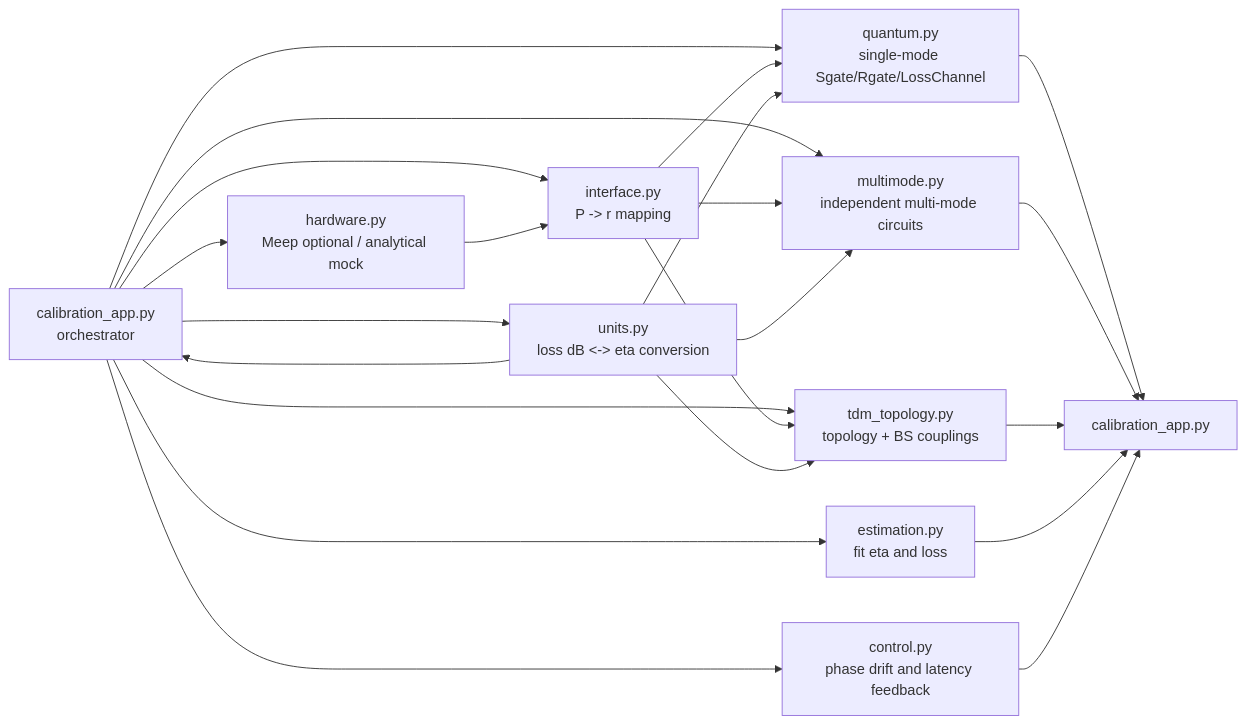
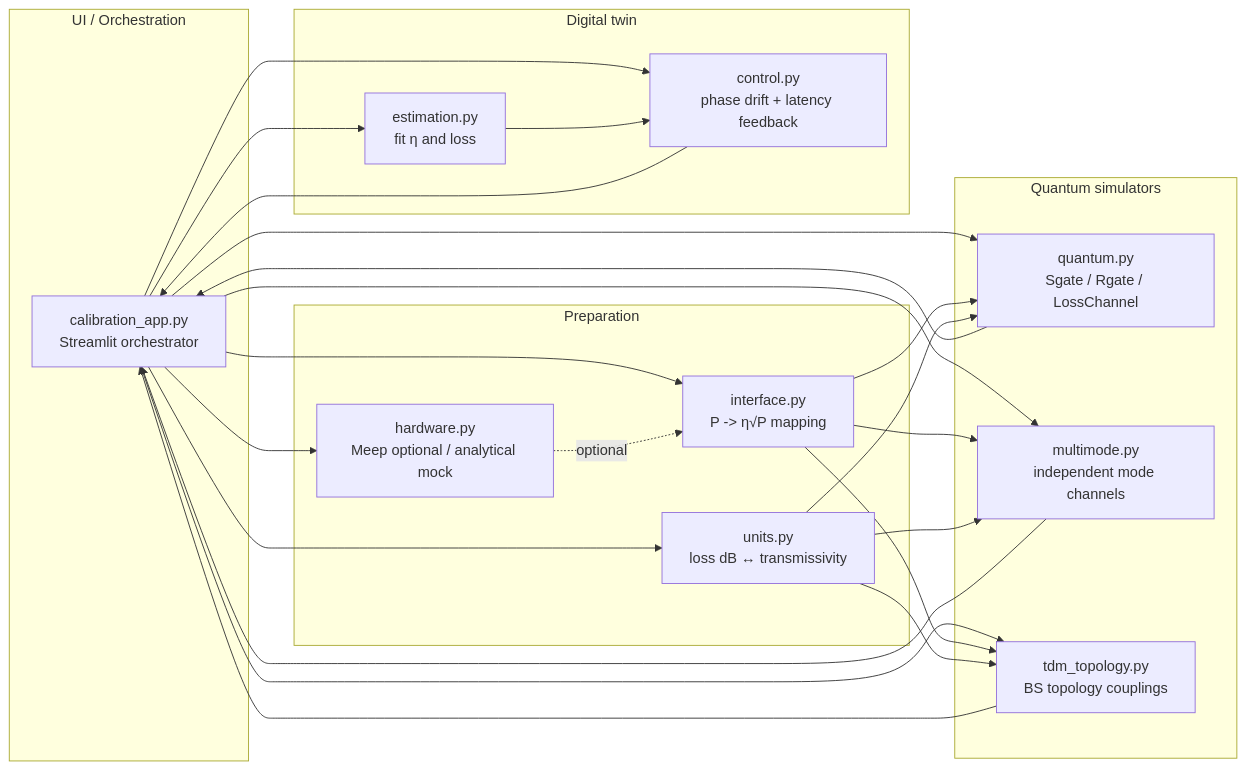
Before and after one commit to KumaHoon/Quantum-Optical-Bus-Simulation: the diagram in README.md, drawn with Mermaid. The commit also changed other lines of this file and 1 other file, not shown here.

Commit message:
docs: Add figure audit script and update README

````diff
--- a/README.md
+++ b/README.md
@@ -35,37 +35,45 @@
 ```mermaid
 flowchart LR
-  APP["calibration_app.py<br/>orchestrator"]
-  H["hardware.py<br/>Meep optional / analytical mock"]
-  I["interface.py<br/>P -> r mapping"]
-  U["units.py<br/>loss dB <-> eta conversion"]
-  Q["quantum.py<br/>single-mode Sgate/Rgate/LossChannel"]
-  M["multimode.py<br/>independent multi-mode circuits"]
-  T["tdm_topology.py<br/>topology + BS couplings"]
-  E["estimation.py<br/>fit eta and loss"]
-  C["control.py<br/>phase drift and latency feedback"]
-  L["calibration_app.py"]
+  subgraph UI["UI / Orchestration"]
+    APP["calibration_app.py<br/>Streamlit orchestrator"]
+  end
 
-  APP --> H
+  subgraph PREP["Preparation"]
+    H["hardware.py<br/>Meep optional / analytical mock"]
+    I["interface.py<br/>P -> η√P mapping"]
+    U["units.py<br/>loss dB ↔ transmissivity"]
+  end
+
+  subgraph CORE["Quantum simulators"]
+    Q["quantum.py<br/>Sgate / Rgate / LossChannel"]
+    M["multimode.py<br/>independent mode channels"]
+    T["tdm_topology.py<br/>BS topology couplings"]
+  end
+
+  subgraph TWIN["Digital twin"]
+    E["estimation.py<br/>fit η and loss"]
+    C["control.py<br/>phase drift + latency feedback"]
+  end
+
   APP --> I
   APP --> U
+  APP --> H
   APP --> Q
   APP --> M
   APP --> T
   APP --> E
   APP --> C
 
-  H --> I
+  H -.optional.-> I
   I --> Q
   I --> M
   I --> T
-  U --> APP
   U --> Q
   U --> M
   U --> T
-
-  Q --> L
-  M --> L
-  T --> L
-  E --> L
-  C --> L
+  Q --> APP
+  M --> APP
+  T --> APP
+  E --> C
+  C --> APP
 ```
````
